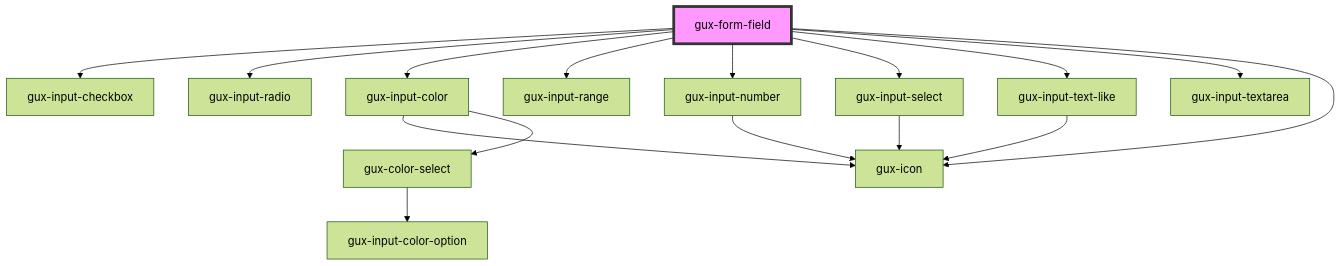
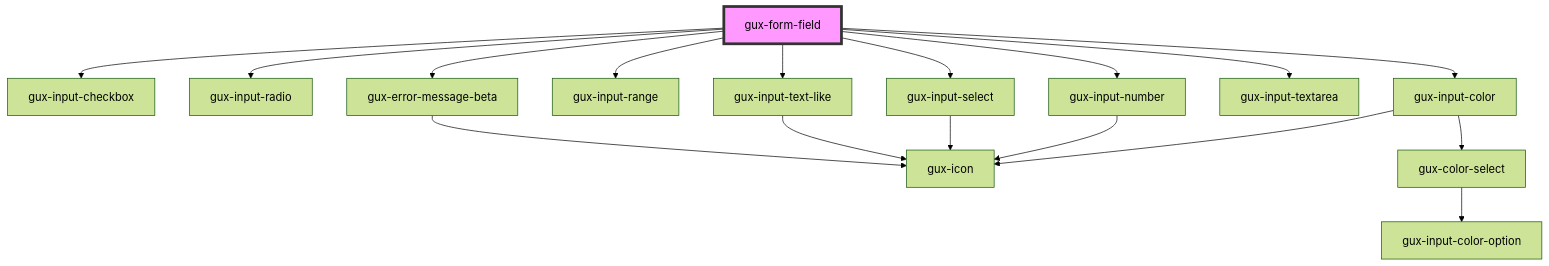
The diagram in src/components/stable/gux-form-field/readme.md (MyPureCloud/genesys-spark), drawn with Mermaid (forest theme) before and after one commit. The commit also changed other lines of this file and 5 other files, not shown here.

Commit message:
feat(gux-form-field): switch to using gux-error-message-beta

````diff
--- a/src/components/stable/gux-form-field/readme.md
+++ b/src/components/stable/gux-form-field/readme.md
@@ -41,19 +41,20 @@
 ```mermaid
 graph TD;
   gux-form-field --> gux-input-checkbox
   gux-form-field --> gux-input-radio
   gux-form-field --> gux-input-color
   gux-form-field --> gux-input-range
   gux-form-field --> gux-input-number
   gux-form-field --> gux-input-select
   gux-form-field --> gux-input-text-like
   gux-form-field --> gux-input-textarea
-  gux-form-field --> gux-icon
+  gux-form-field --> gux-error-message-beta
   gux-input-color --> gux-icon
   gux-input-color --> gux-color-select
   gux-color-select --> gux-input-color-option
   gux-input-number --> gux-icon
   gux-input-select --> gux-icon
   gux-input-text-like --> gux-icon
+  gux-error-message-beta --> gux-icon
   style gux-form-field fill:#f9f,stroke:#333,stroke-width:4px
 ```
````
